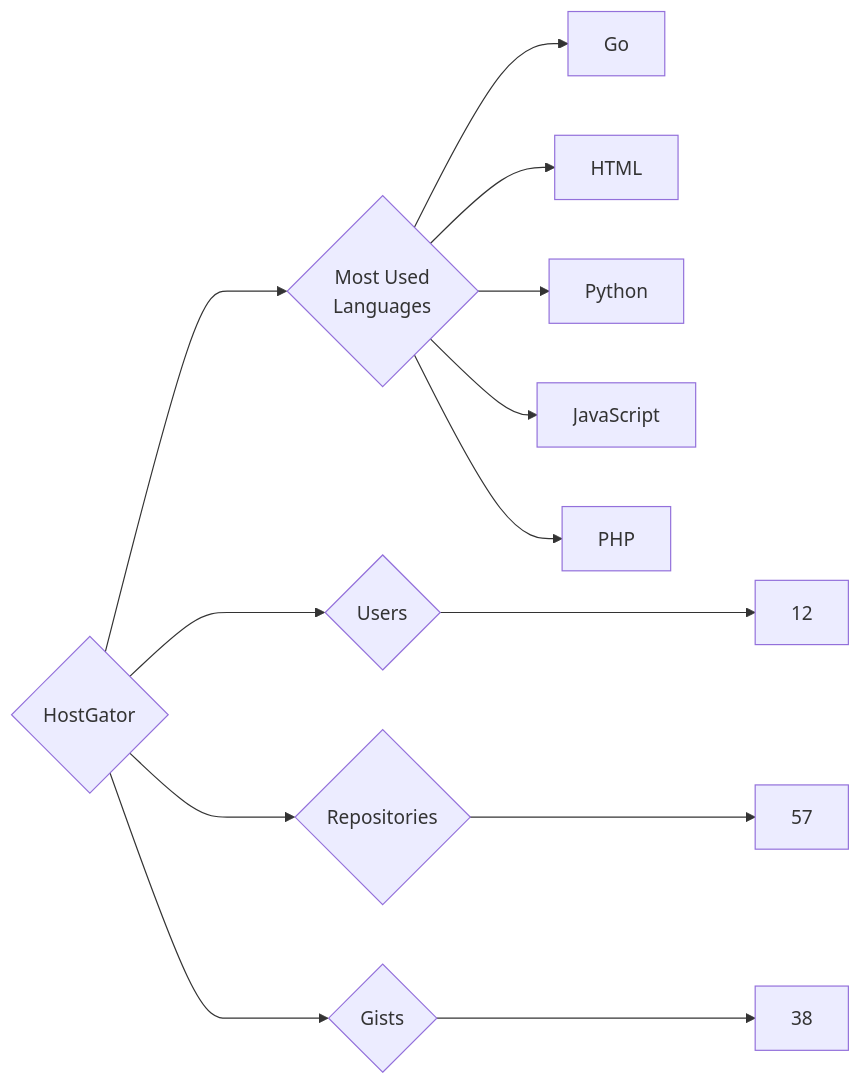
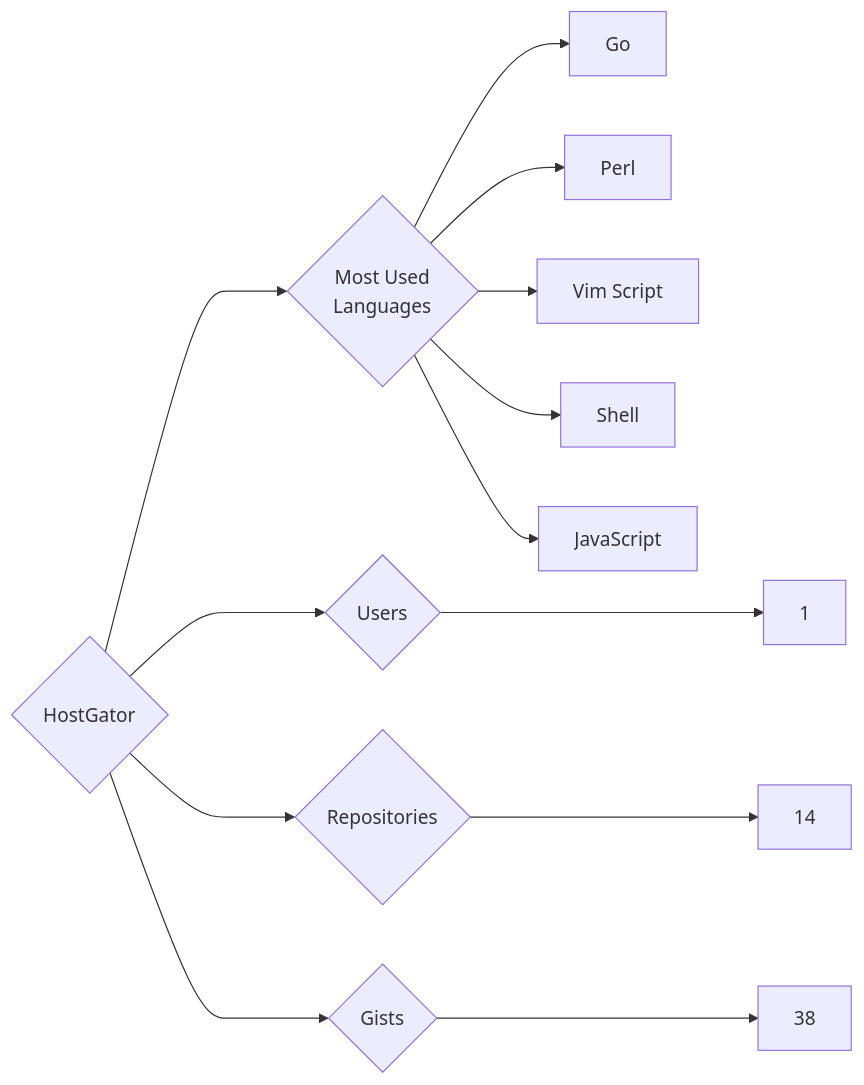
The diagram in targets/HostGator/README.md (trickest/insiders), drawn with Mermaid before and after one commit. The commit also changed 639 other files, not shown here.

````diff
--- a/targets/HostGator/README.md
+++ b/targets/HostGator/README.md
@@ -3,13 +3,13 @@
 ```mermaid
 graph LR
 COMPANY_NAME{HostGator}
-COMPANY_NAME ---> U{Users} ---> UN[12]
-COMPANY_NAME ---> R{Repositories} ---> RN[57]
+COMPANY_NAME ---> U{Users} ---> UN[1]
+COMPANY_NAME ---> R{Repositories} ---> RN[14]
 COMPANY_NAME ---> G{Gists} ---> GN[38]
 COMPANY_NAME ---> ML{Most Used<br>Languages}
 ML --> Go[Go]
-ML --> HTML[HTML]
-ML --> Python[Python]
+ML --> Perl[Perl]
+ML --> Vim_Script[Vim Script]
+ML --> Shell[Shell]
 ML --> JavaScript[JavaScript]
-ML --> PHP[PHP]
 ```
````
